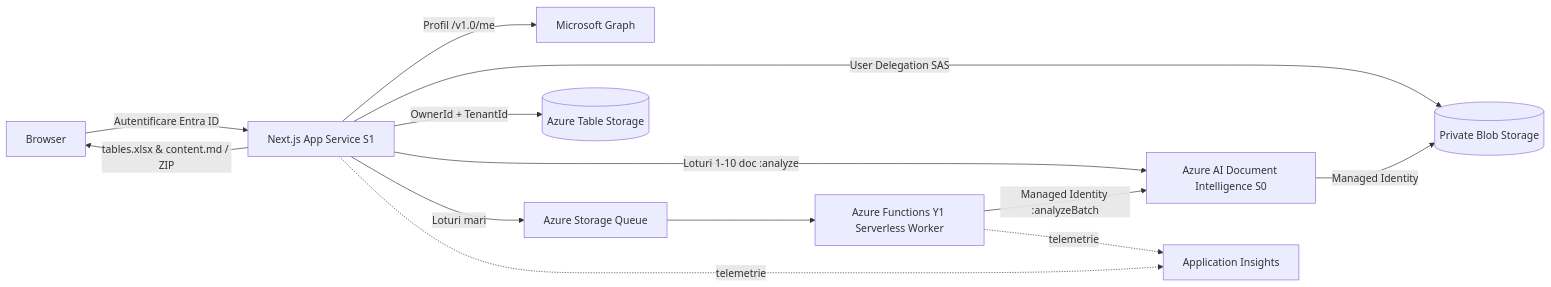
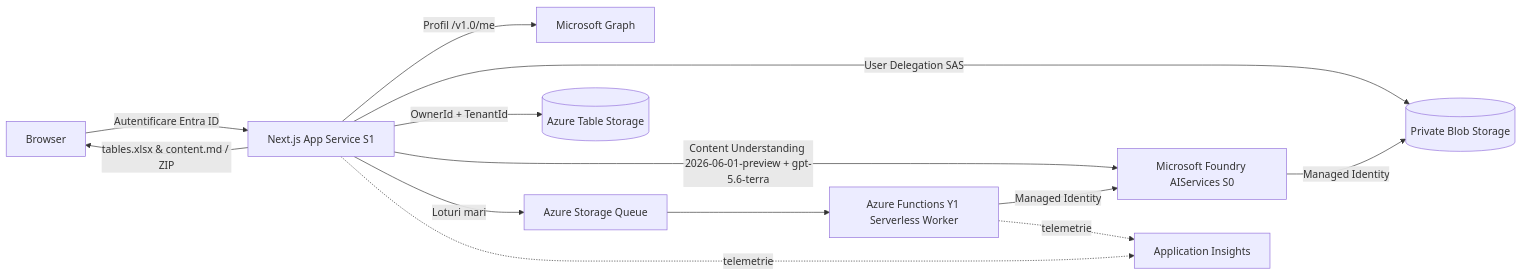
Before and after one commit to eduardplesu/mfib-document-processor: the diagram in README.md, drawn with Mermaid. The commit also changed other lines of this file and 6 other files, not shown here.

Commit message:
Upgrade OCR engine to Azure Content Understanding 2026-06-01-preview and Foundry gpt-5.6-terra

````diff
--- a/README.md
+++ b/README.md
@@ -32,15 +32,15 @@
 ```mermaid
 flowchart LR
   Browser -->|Autentificare Entra ID| App[Next.js App Service S1]
   App -->|Profil /v1.0/me| Graph[Microsoft Graph]
   App -->|User Delegation SAS| Blob[(Private Blob Storage)]
   App -->|OwnerId + TenantId| Tables[(Azure Table Storage)]
-  App -->|Loturi 1-10 doc :analyze| DI[Azure AI Document Intelligence S0]
+  App -->|Content Understanding 2026-06-01-preview + gpt-5.6-terra| AI[Microsoft Foundry AIServices S0]
   App -->|Loturi mari| Queue[Azure Storage Queue]
   Queue --> Worker[Azure Functions Y1 Serverless Worker]
-  Worker -->|Managed Identity :analyzeBatch| DI
-  DI -->|Managed Identity| Blob
+  Worker -->|Managed Identity| AI
+  AI -->|Managed Identity| Blob
   App -->|tables.xlsx & content.md / ZIP| Browser
   App -. telemetrie .-> Insights[Application Insights]
   Worker -. telemetrie .-> Insights
 ```
````
